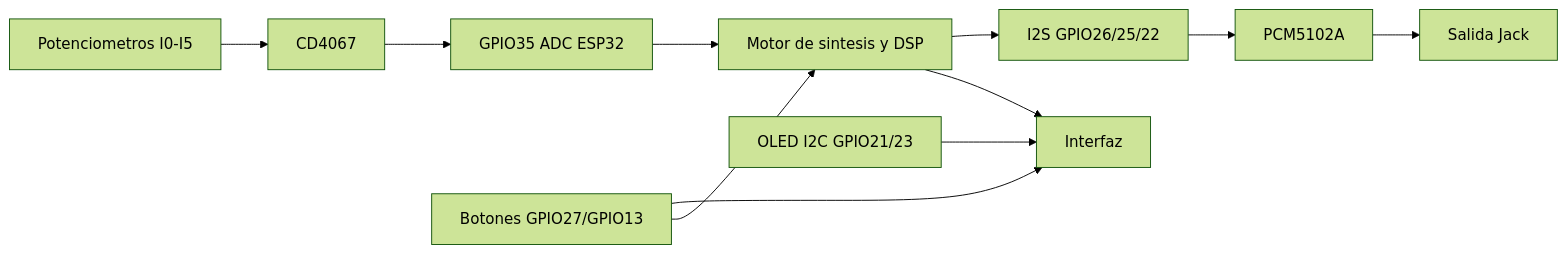
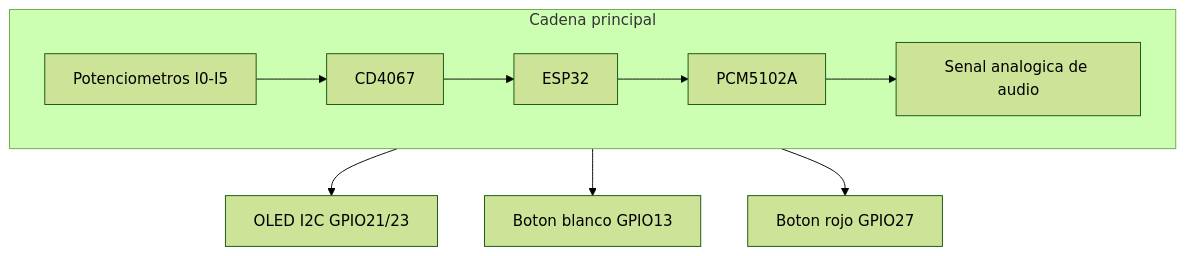
One commit to pablex99/Synth changed the first of 2 diagrams in README.md. Above: the diagram before and after it, drawn with Mermaid (forest theme). The commit also changed other lines of this file, not shown here.

Commit message:
Fix README Mermaid diagrams and update architecture layout (#9)

````diff
--- a/README.md
+++ b/README.md
@@ -20,13 +20,18 @@
 ```mermaid
-flowchart LR
-	POTS[Potenciometros I0-I5] --> MUX[CD4067]
-	MUX --> ADC[GPIO35 ADC ESP32]
-	ADC --> DSP[Motor de sintesis y DSP]
-	DSP --> I2S[I2S GPIO26/25/22]
-	I2S --> DAC[PCM5102A]
-	DAC --> JACK[Salida Jack]
-	BTN[Botones GPIO27/GPIO13] --> UI
-	BTN --> DSP
-	OLED[OLED I2C GPIO21/23] --> UI[Interfaz]
-	DSP --> UI
+flowchart TB
+	subgraph MID[Cadena principal]
+		direction LR
+		POTS[Potenciometros I0-I5] --> MUX[CD4067]
+		MUX --> ESP[ESP32]
+		ESP --> DAC[PCM5102A]
+		DAC --> AUDIO[Senal analogica de audio]
+	end
+
+	OLED[OLED I2C GPIO21/23]
+	BTNW[Boton blanco GPIO13]
+	BTNR[Boton rojo GPIO27]
+
+	ESP --> OLED
+	ESP --> BTNW
+	ESP --> BTNR
 ```
````
